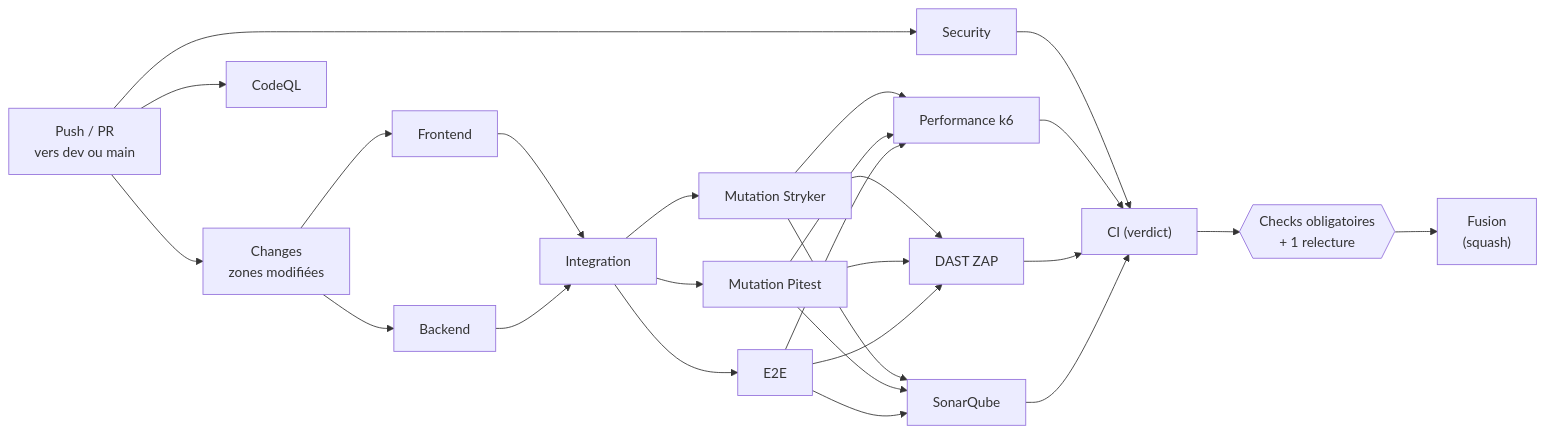
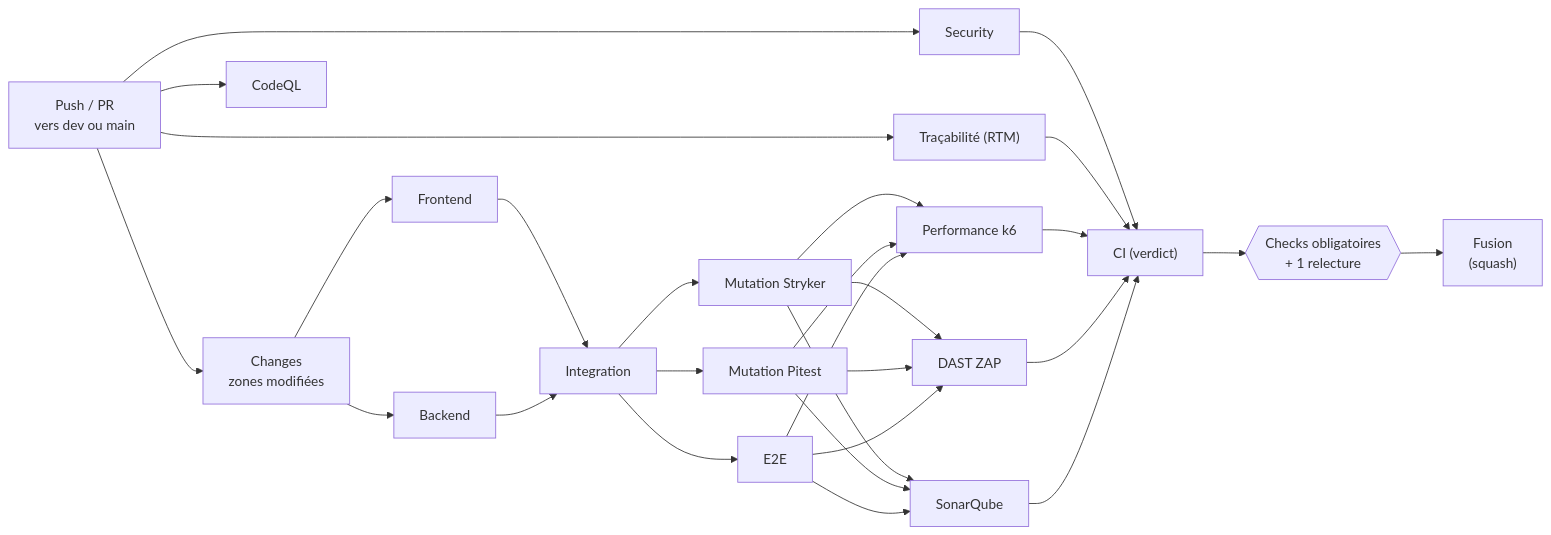
One commit to Antoine-Ferron/tiki-gaming changed the diagram in docs/ci.md. Above: the diagram before and after it, drawn with Mermaid. The commit also changed other lines of this file and 3 other files, not shown here.

First line of the commit message:
ci: run de nuit, traçabilité RTM, contrat Pact à jour et E2E sous trois navigateurs

````diff
--- a/docs/ci.md
+++ b/docs/ci.md
@@ -11,18 +11,19 @@
 ```mermaid
 flowchart LR
     PUSH["Push / PR<br/>vers dev ou main"] --> CH["Changes<br/>zones modifiées"]
     PUSH --> SEC["Security"]
+    PUSH --> RTM["Traçabilité (RTM)"]
     PUSH --> CQ["CodeQL"]
     CH --> FE["Frontend"]
     CH --> BE["Backend"]
     FE & BE --> IT["Integration"]
     IT --> MF["Mutation Stryker"]
     IT --> MB["Mutation Pitest"]
     IT --> E2E["E2E"]
     MF & MB & E2E --> PERF["Performance k6"]
     MF & MB & E2E --> DAST["DAST ZAP"]
     MF & MB & E2E --> SQ["SonarQube"]
-    SEC & PERF & DAST & SQ --> V["CI (verdict)"]
+    SEC & RTM & PERF & DAST & SQ --> V["CI (verdict)"]
     V --> GATE{{"Checks obligatoires<br/>+ 1 relecture"}}
     GATE --> MERGE["Fusion<br/>(squash)"]
 ```
````
